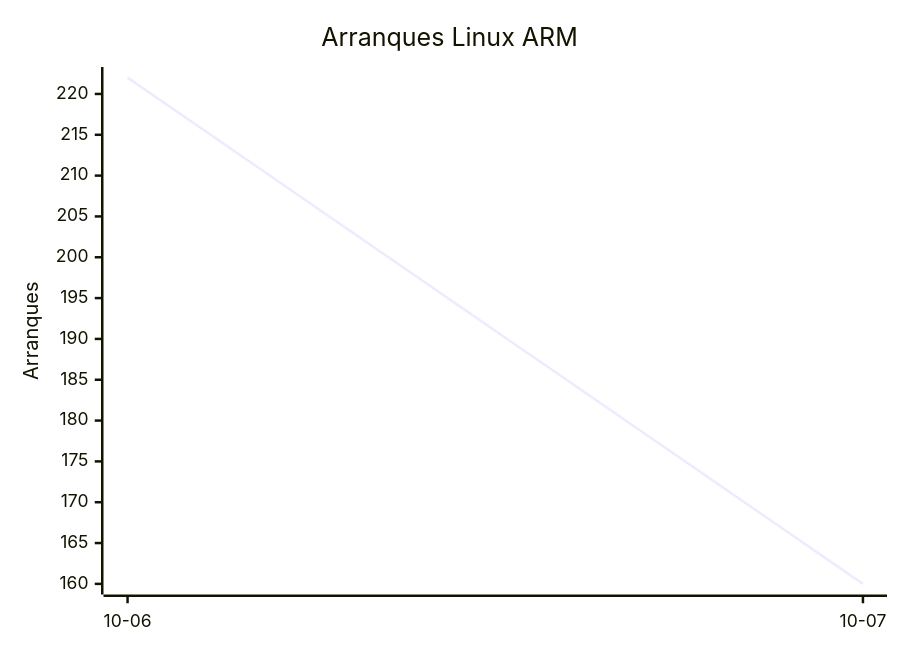
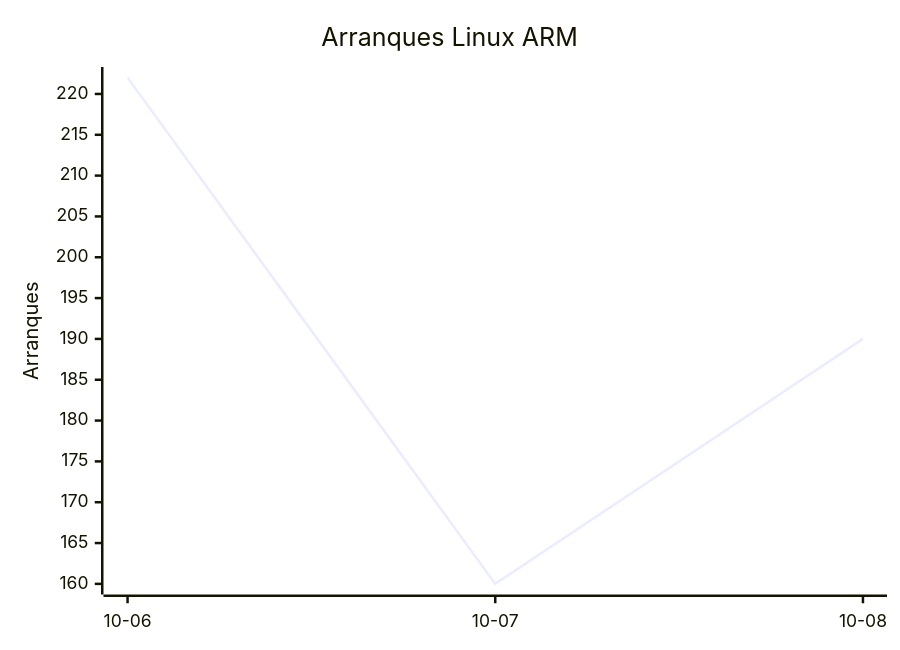
The second of 8 diagrams in README.md (EmuDeck/stats), drawn with Mermaid before and after one commit. The commit also changed other lines of this file and 2 other files, not shown here.

````diff
--- a/README.md
+++ b/README.md
@@ -26,7 +26,7 @@
 ```mermaid
 xychart-beta
     title "Arranques Linux ARM"
-    x-axis ["10-06", "10-07"]
+    x-axis ["10-06", "10-07", "10-08"]
     y-axis "Arranques"
-    line [222, 160]
+    line [222, 160, 190]
 ```
````
